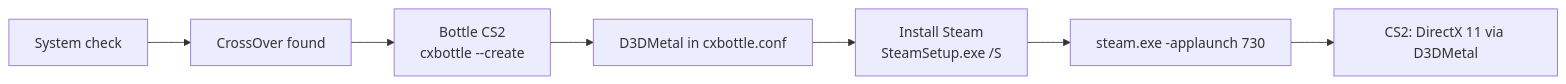
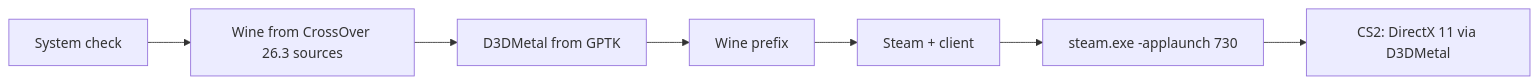
Before and after one commit to reallyworld508-lab/CS2Launcher: the diagram in README.en.md, drawn with Mermaid. The commit also changed other lines of this file and 2 other files, not shown here.

````diff
--- a/README.en.md
+++ b/README.en.md
@@ -77,9 +66,9 @@
 ```mermaid
 flowchart LR
-    A[System check] --> B[CrossOver found]
-    B --> C[Bottle CS2<br/>cxbottle --create]
-    C --> D[D3DMetal in cxbottle.conf]
-    D --> E[Install Steam<br/>SteamSetup.exe /S]
+    A[System check] --> B[Wine from CrossOver 26.3 sources]
+    B --> C[D3DMetal from GPTK]
+    C --> D[Wine prefix]
+    D --> E[Steam + client]
     E --> F[steam.exe -applaunch 730]
     F --> G[CS2: DirectX 11 via D3DMetal]
 ```
````
